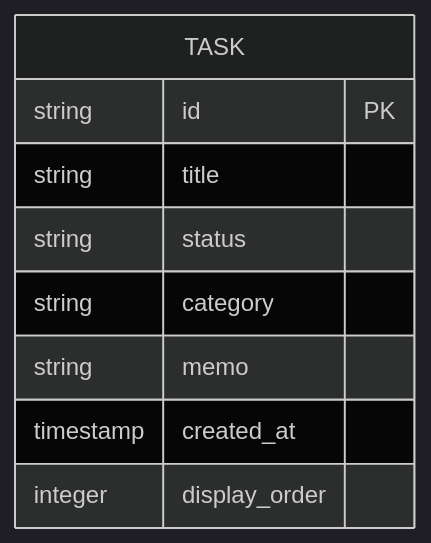
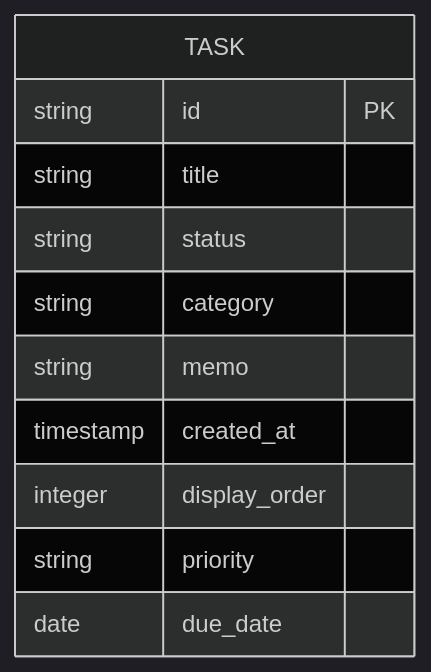
The diagram in docs/データベース設計.md (toogoo1050/TASKMANEGMENT), drawn with Mermaid (dark theme) before and after one commit. The commit also changed other lines of this file and 18 other files, not shown here.

````diff
--- a/docs/データベース設計.md
+++ b/docs/データベース設計.md
@@ -34,12 +36,14 @@
 ```mermaid
 erDiagram
     TASK {
         string id PK
         string title
         string status
         string category
         string memo
         timestamp created_at
         integer display_order
+        string priority
+        date due_date
     }
 ```
````
